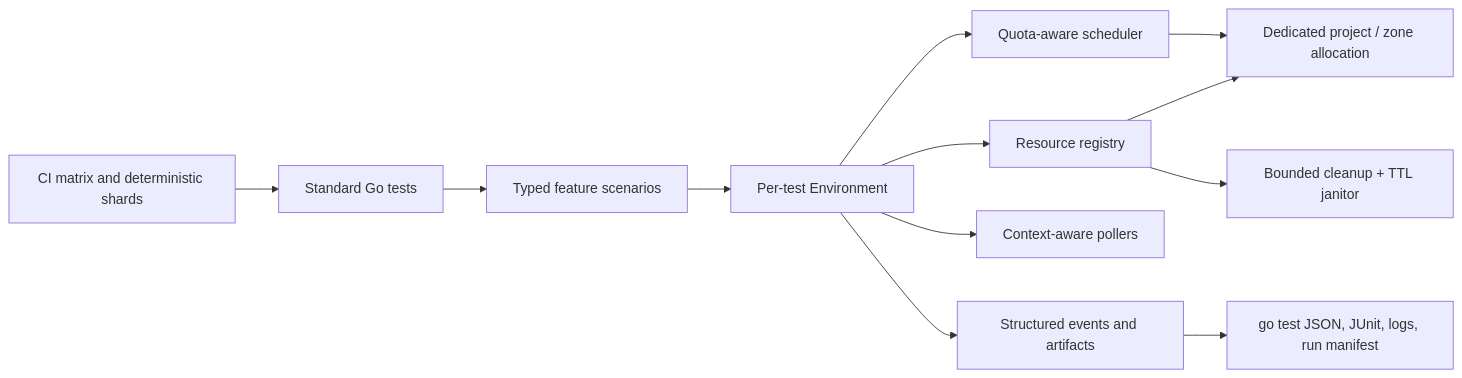
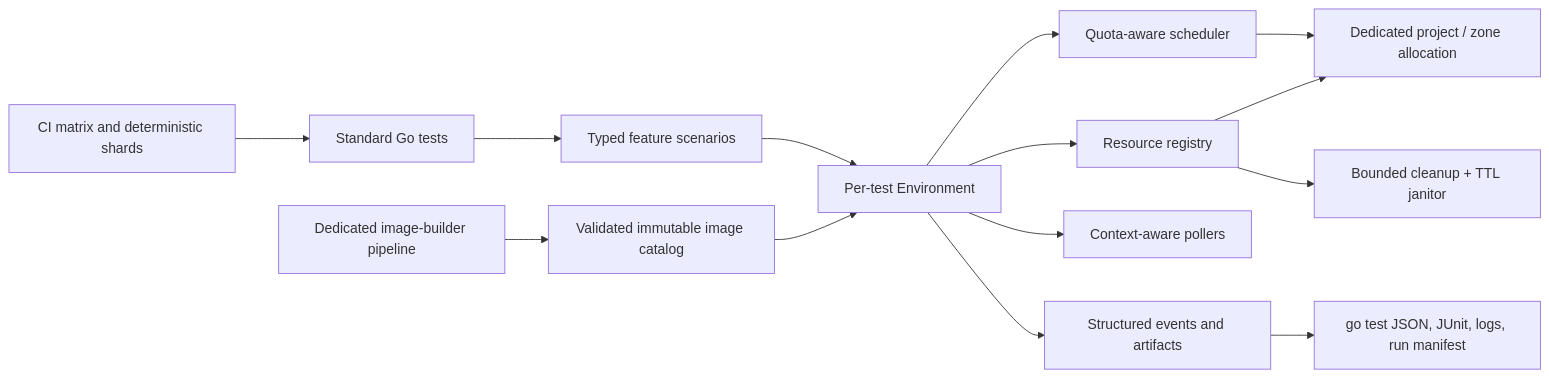
One commit to iliats/osconfig changed the diagram in design.md. Above: the diagram before and after it, drawn with Mermaid. The commit also changed other lines of this file, not shown here.

Commit message:
Refine e2e matrix and image design

````diff
--- a/design.md
+++ b/design.md
@@ -200,14 +204,16 @@
 ```mermaid
 flowchart LR
     CI["CI matrix and deterministic shards"] --> GT["Standard Go tests"]
+    BLD["Dedicated image-builder pipeline"] --> IMG["Validated immutable image catalog"]
     GT --> SC["Typed feature scenarios"]
     SC --> ENV["Per-test Environment"]
+    IMG --> ENV
     ENV --> SCH["Quota-aware scheduler"]
     ENV --> RES["Resource registry"]
     ENV --> POLL["Context-aware pollers"]
     ENV --> ART["Structured events and artifacts"]
     SCH --> GCP["Dedicated project / zone allocation"]
     RES --> GCP
     RES --> CLN["Bounded cleanup + TTL janitor"]
     ART --> OUT["go test JSON, JUnit, logs, run manifest"]
 ```
````
